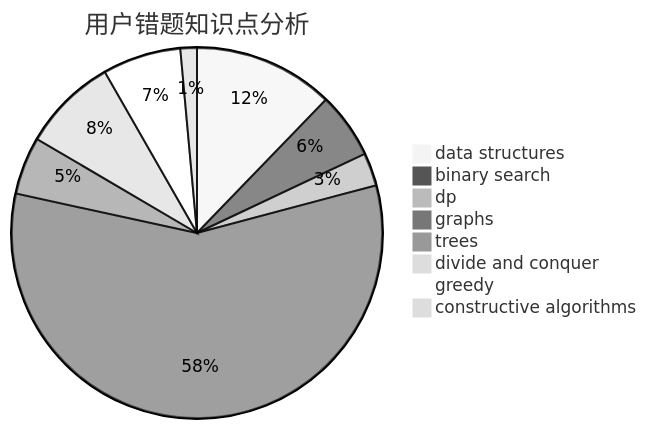
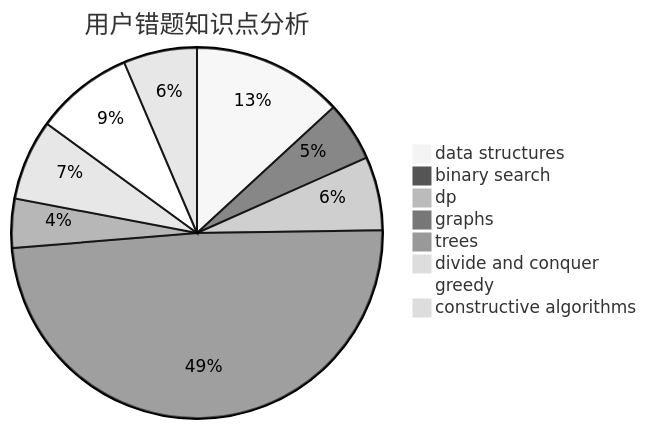
Before and after one commit to sherpahu/cfrs.github.io: the third of 3 diagrams in docs/user/u1240.md, drawn with Mermaid (neutral theme). The commit also changed other lines of this file and 2770 other files, not shown here.

````diff
--- a/docs/user/u1240.md
+++ b/docs/user/u1240.md
@@ -36,11 +36,11 @@
 ```mermaid
 pie title 用户错题知识点分析
-    "data structures" :  34
-    "binary search" :  16
-    "dp" :  8
+    "data structures" :  43
+    "binary search" :  17
+    "dp" :  21
     "graphs" :  160
     "trees" :  14
     "divide and conquer" :  23
-    "greedy" :  19
-    "constructive algorithms" :  4
+    "greedy" :  28
+    "constructive algorithms" :  21
 ```
````
